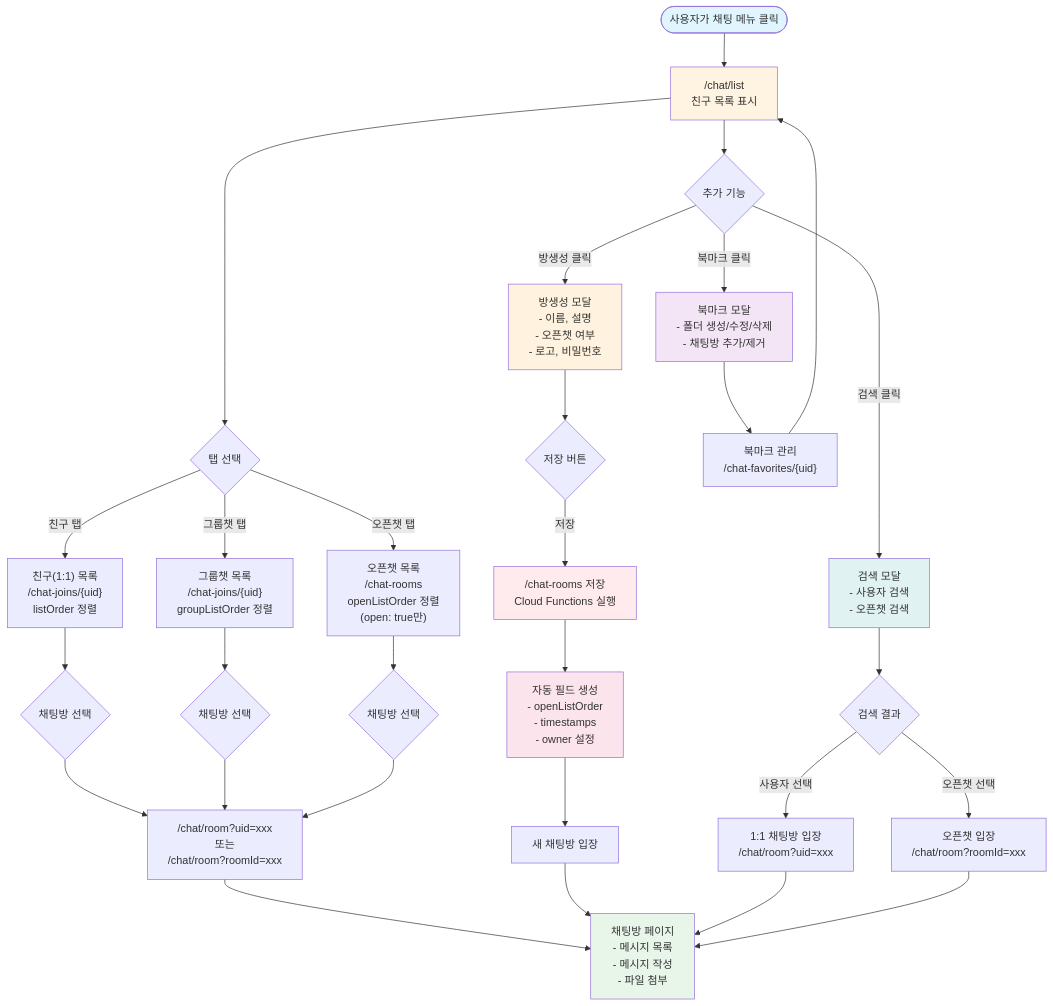
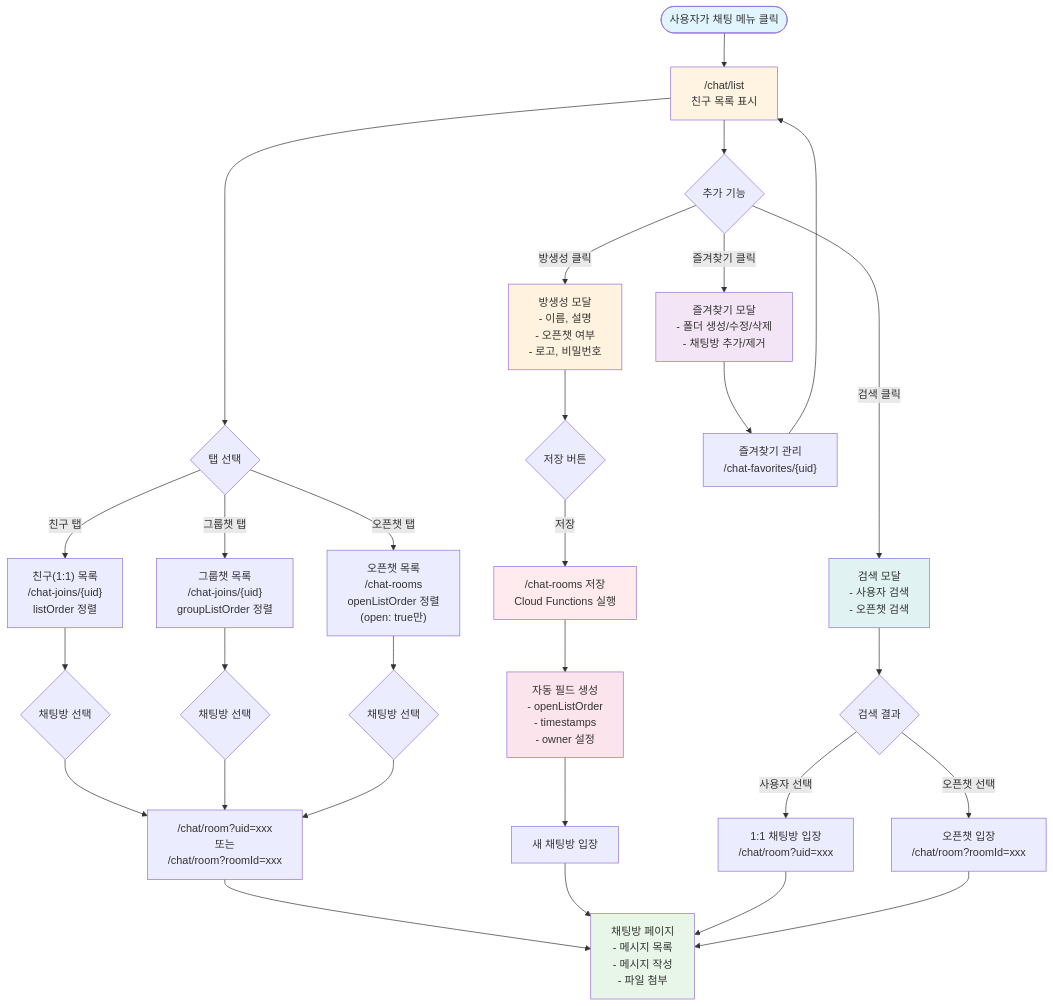
The diagram in specs/sonub-chat-overview.md (thruthesky/sonub), drawn with Mermaid before and after one commit. The commit also changed other lines of this file and 16 other files, not shown here.

````diff
--- a/specs/sonub-chat-overview.md
+++ b/specs/sonub-chat-overview.md
@@ -534,51 +628,51 @@
 ```mermaid
 flowchart TD
     Start([사용자가 채팅 메뉴 클릭]) --> ChatList["/chat/list<br/>친구 목록 표시"]
 
     ChatList --> Tab1{탭 선택}
 
     Tab1 -->|친구 탭| Friends["친구(1:1) 목록<br/>/chat-joins/{uid}<br/>listOrder 정렬"]
     Tab1 -->|그룹챗 탭| Groups["그룹챗 목록<br/>/chat-joins/{uid}<br/>groupListOrder 정렬"]
     Tab1 -->|오픈챗 탭| Open["오픈챗 목록<br/>/chat-rooms<br/>openListOrder 정렬<br/>(open: true만)"]
 
     Friends --> SelectRoom1{채팅방 선택}
     Groups --> SelectRoom2{채팅방 선택}
     Open --> SelectRoom3{채팅방 선택}
 
     SelectRoom1 --> EnterRoom["/chat/room?uid=xxx<br/>또는<br/>/chat/room?roomId=xxx"]
     SelectRoom2 --> EnterRoom
     SelectRoom3 --> EnterRoom
 
     EnterRoom --> ChatRoom["채팅방 페이지<br/>- 메시지 목록<br/>- 메시지 작성<br/>- 파일 첨부"]
 
     ChatList --> Actions{추가 기능}
 
     Actions -->|방생성 클릭| CreateRoom["방생성 모달<br/>- 이름, 설명<br/>- 오픈챗 여부<br/>- 로고, 비밀번호"]
-    Actions -->|북마크 클릭| Bookmarks["북마크 모달<br/>- 폴더 생성/수정/삭제<br/>- 채팅방 추가/제거"]
+    Actions -->|즐겨찾기 클릭| Favorites["즐겨찾기 모달<br/>- 폴더 생성/수정/삭제<br/>- 채팅방 추가/제거"]
     Actions -->|검색 클릭| Search["검색 모달<br/>- 사용자 검색<br/>- 오픈챗 검색"]
 
     CreateRoom --> SaveRoom{저장 버튼}
     SaveRoom -->|저장| FirebaseCreate["/chat-rooms 저장<br/>Cloud Functions 실행"]
     FirebaseCreate --> AutoGenerate["자동 필드 생성<br/>- openListOrder<br/>- timestamps<br/>- owner 설정"]
     AutoGenerate --> EnterNewRoom["새 채팅방 입장"]
     EnterNewRoom --> ChatRoom
 
-    Bookmarks --> ManageFavorites["북마크 관리<br/>/chat-favorites/{uid}"]
+    Favorites --> ManageFavorites["즐겨찾기 관리<br/>/chat-favorites/{uid}"]
     ManageFavorites --> ChatList
 
     Search --> SearchResult{검색 결과}
     SearchResult -->|사용자 선택| SingleChat["1:1 채팅방 입장<br/>/chat/room?uid=xxx"]
     SearchResult -->|오픈챗 선택| OpenChat["오픈챗 입장<br/>/chat/room?roomId=xxx"]
 
     SingleChat --> ChatRoom
     OpenChat --> ChatRoom
 
     style Start fill:#e1f5ff
     style ChatList fill:#fff4e1
     style ChatRoom fill:#e8f5e9
     style CreateRoom fill:#fff3e0
-    style Bookmarks fill:#f3e5f5
+    style Favorites fill:#f3e5f5
     style Search fill:#e0f2f1
     style FirebaseCreate fill:#ffebee
     style AutoGenerate fill:#fce4ec
 ```
````
